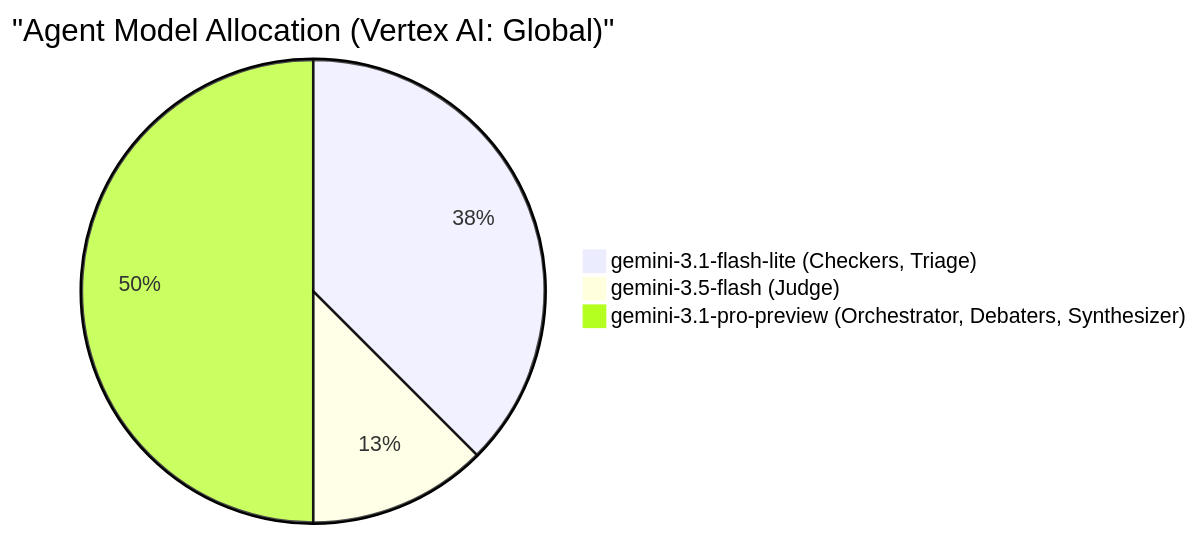
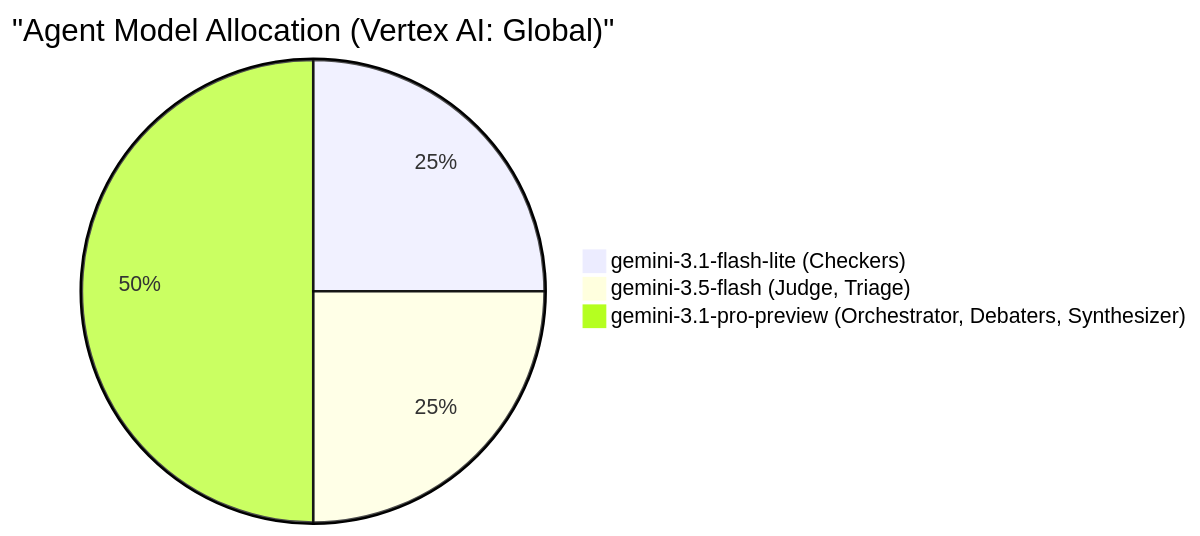
One commit to ears/socratic-duel changed the third of 3 diagrams in DIAGRAMS.md. Above: the diagram before and after it, drawn with Mermaid. The commit also changed 2 other files, not shown here.

Commit message:
feat: upgrade triage_researcher to MID_MODEL for better query synthesis

````diff
--- a/DIAGRAMS.md
+++ b/DIAGRAMS.md
@@ -70,6 +70,6 @@
 ```mermaid
 pie title "Agent Model Allocation (Vertex AI: Global)"
-    "gemini-3.1-flash-lite (Checkers, Triage)" : 3
-    "gemini-3.5-flash (Judge)" : 1
+    "gemini-3.1-flash-lite (Checkers)" : 2
+    "gemini-3.5-flash (Judge, Triage)" : 2
     "gemini-3.1-pro-preview (Orchestrator, Debaters, Synthesizer)" : 4
 ```
````
